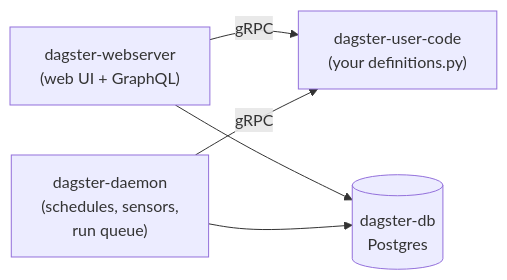
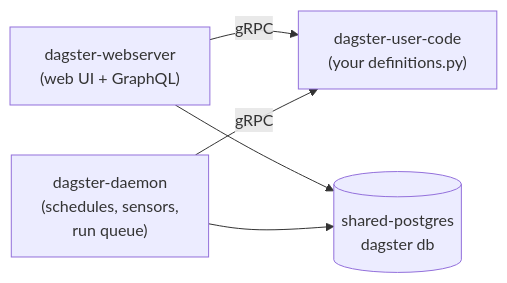
The first of 2 diagrams in docs/services/dagster/dagster.md (rajubhimani/homeserver), drawn with Mermaid before and after one commit. The commit also changed other lines of this file and 74 other files, not shown here.

````diff
--- a/docs/services/dagster/dagster.md
+++ b/docs/services/dagster/dagster.md
@@ -37,7 +40,7 @@
 ```mermaid
 flowchart LR
     UI["dagster-webserver<br/>(web UI + GraphQL)"] -->|gRPC| UC["dagster-user-code<br/>(your definitions.py)"]
     Daemon["dagster-daemon<br/>(schedules, sensors,<br/>run queue)"] -->|gRPC| UC
-    UI --> DB[("dagster-db<br/>Postgres")]
+    UI --> DB[("shared-postgres<br/>dagster db")]
     Daemon --> DB
 ```
````
